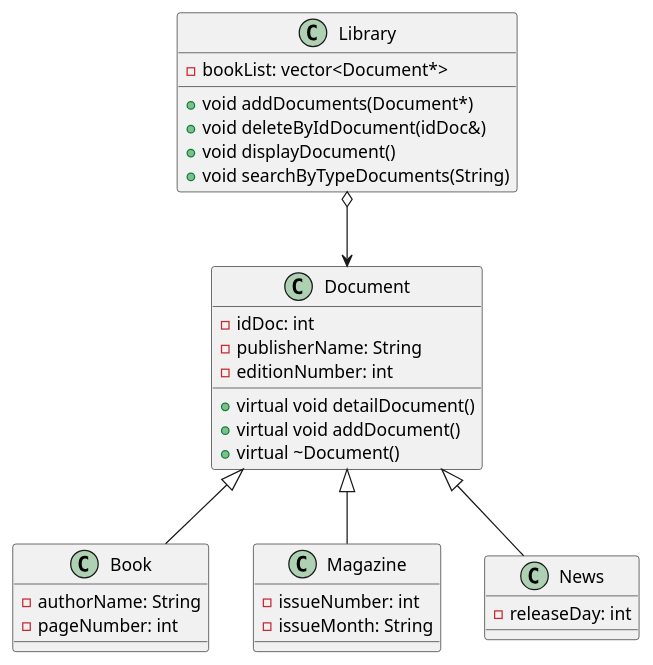
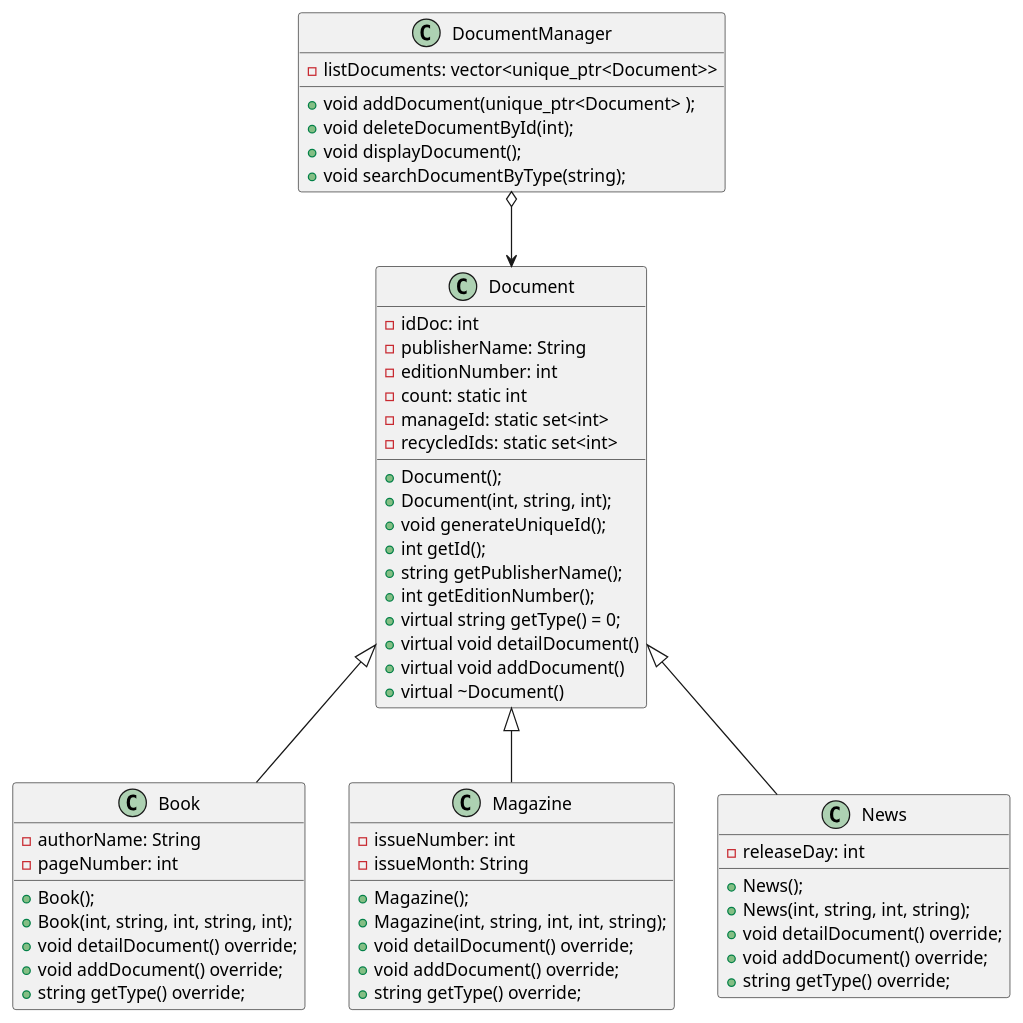
Before and after one commit to baobluebird/Basic-C-Cplusplus: the diagram in .Assigment/OOP/ex2/diagram/diagram.wsd, drawn with PlantUML. The commit also changed 125 other files, not shown here.

```diff
--- a/.Assigment/OOP/ex2/diagram/diagram.wsd
+++ b/.Assigment/OOP/ex2/diagram/diagram.wsd
@@ -1,38 +1,63 @@
 @startuml
 
 class Document{
   - idDoc: int
   - publisherName: String
   - editionNumber: int
+  - count: static int
+  - manageId: static set<int>
+  - recycledIds: static set<int>
+  + Document();
+  + Document(int, string, int);
+  + void generateUniqueId();
+  + int getId();
+  + string getPublisherName();
+  + int getEditionNumber();
+  + virtual string getType() = 0;
   + virtual void detailDocument()
   + virtual void addDocument()
   + virtual ~Document()
 }
 
 class Book{
   - authorName: String
   - pageNumber: int
+  + Book();
+  + Book(int, string, int, string, int);
+  + void detailDocument() override;
+  + void addDocument() override;
+  + string getType() override;
 }
 
 class Magazine{
   - issueNumber: int
   - issueMonth: String
+  + Magazine();
+  + Magazine(int, string, int, int, string);
+  + void detailDocument() override;
+  + void addDocument() override;
+  + string getType() override;
 }
 
 class News{
   - releaseDay: int
+  + News();
+  + News(int, string, int, string);
+  + void detailDocument() override;
+  + void addDocument() override;
+  + string getType() override;
 }
 
-class Library {
-  - bookList: vector<Document*>
-  + void addDocuments(Document*)
-  + void deleteByIdDocument(idDoc&)
-  + void displayDocument()
-  + void searchByTypeDocuments(String)
+class DocumentManager {
+  - listDocuments: vector<unique_ptr<Document>>
+  + void addDocument(unique_ptr<Document> );
+  + void deleteDocumentById(int);
+  + void displayDocument();
+  + void searchDocumentByType(string);
 }
 
 Document <|-- Book
 Document <|-- Magazine
 Document <|-- News
-Library o--> Document
+DocumentManager o--> Document
 @enduml
```
